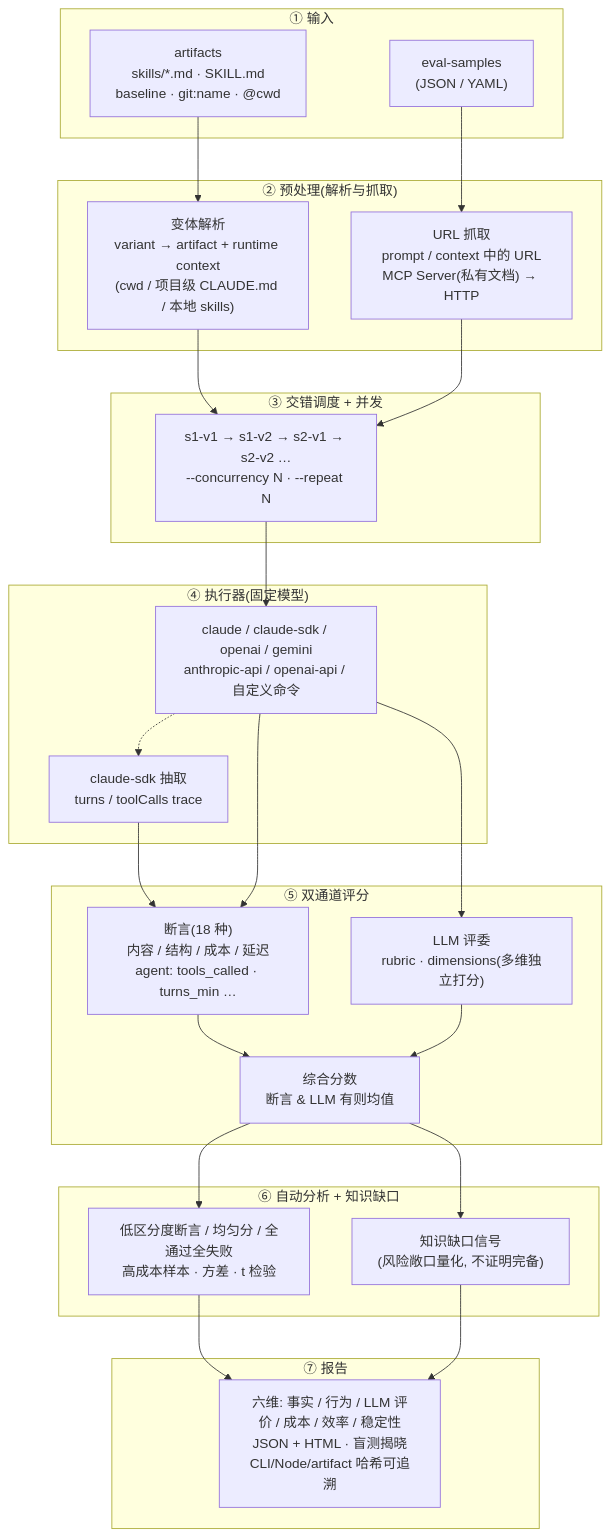
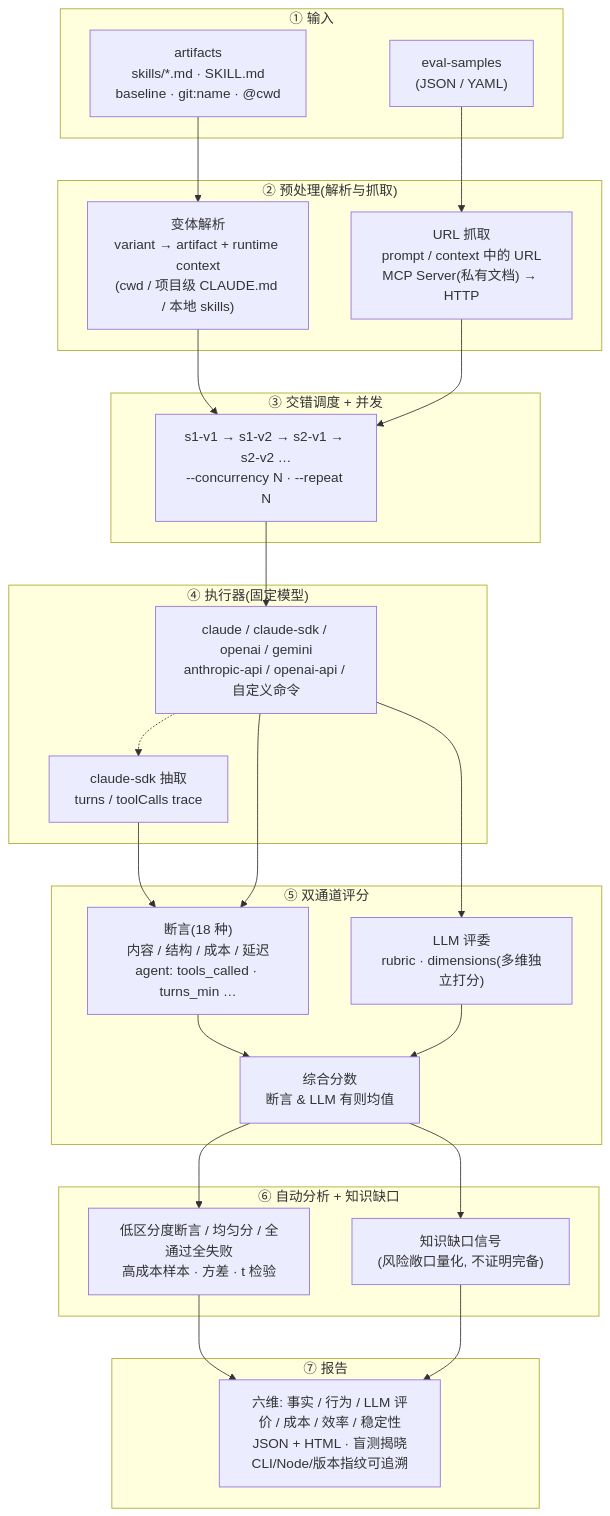
One commit to lizhiyao/oh-my-knowledge changed the diagram in README.zh.md. Above: the diagram before and after it, drawn with Mermaid. The commit also changed other lines of this file and 1 other file, not shown here.

Commit message:
docs: README 修过时内容 — --variants→--control/--treatment, 加 omk analyze 章节, artifact 哈希→版本指纹, bench ci 三层 all-pass 语义

````diff
--- a/README.zh.md
+++ b/README.zh.md
@@ -71,52 +71,52 @@
 ```mermaid
 flowchart TD
     subgraph Input["① 输入"]
         S["eval-samples<br/>(JSON / YAML)"]
         A["artifacts<br/>skills/*.md · SKILL.md<br/>baseline · git:name · @cwd"]
     end
 
     subgraph Prep["② 预处理(解析与抓取)"]
         V["变体解析<br/>variant → artifact + runtime context<br/>(cwd / 项目级 CLAUDE.md / 本地 skills)"]
         U["URL 抓取<br/>prompt / context 中的 URL<br/>MCP Server(私有文档) → HTTP"]
     end
 
     subgraph Schedule["③ 交错调度 + 并发"]
         Q["s1-v1 → s1-v2 → s2-v1 → s2-v2 …<br/>--concurrency N · --repeat N"]
     end
 
     subgraph Exec["④ 执行器(固定模型)"]
         E["claude / claude-sdk / openai / gemini<br/>anthropic-api / openai-api / 自定义命令"]
         T["claude-sdk 抽取<br/>turns / toolCalls trace"]
         E -.-> T
     end
 
     subgraph Score["⑤ 双通道评分"]
         AS["断言(18 种)<br/>内容 / 结构 / 成本 / 延迟<br/>agent: tools_called · turns_min …"]
         LS["LLM 评委<br/>rubric · dimensions(多维独立打分)"]
         CS["综合分数<br/>断言 & LLM 有则均值"]
         AS --> CS
         LS --> CS
     end
 
     subgraph Analyze["⑥ 自动分析 + 知识缺口"]
         D["低区分度断言 / 均匀分 / 全通过全失败<br/>高成本样本 · 方差 · t 检验"]
         G["知识缺口信号<br/>(风险敞口量化, 不证明完备)"]
     end
 
     subgraph Report["⑦ 报告"]
-        R["六维: 事实 / 行为 / LLM 评价 / 成本 / 效率 / 稳定性<br/>JSON + HTML · 盲测揭晓<br/>CLI/Node/artifact 哈希可追溯"]
+        R["六维: 事实 / 行为 / LLM 评价 / 成本 / 效率 / 稳定性<br/>JSON + HTML · 盲测揭晓<br/>CLI/Node/版本指纹可追溯"]
     end
 
     S --> U
     A --> V
     V --> Q
     U --> Q
     Q --> E
     T --> AS
     E --> AS
     E --> LS
     CS --> D
     CS --> G
     D --> R
     G --> R
 ```
````
